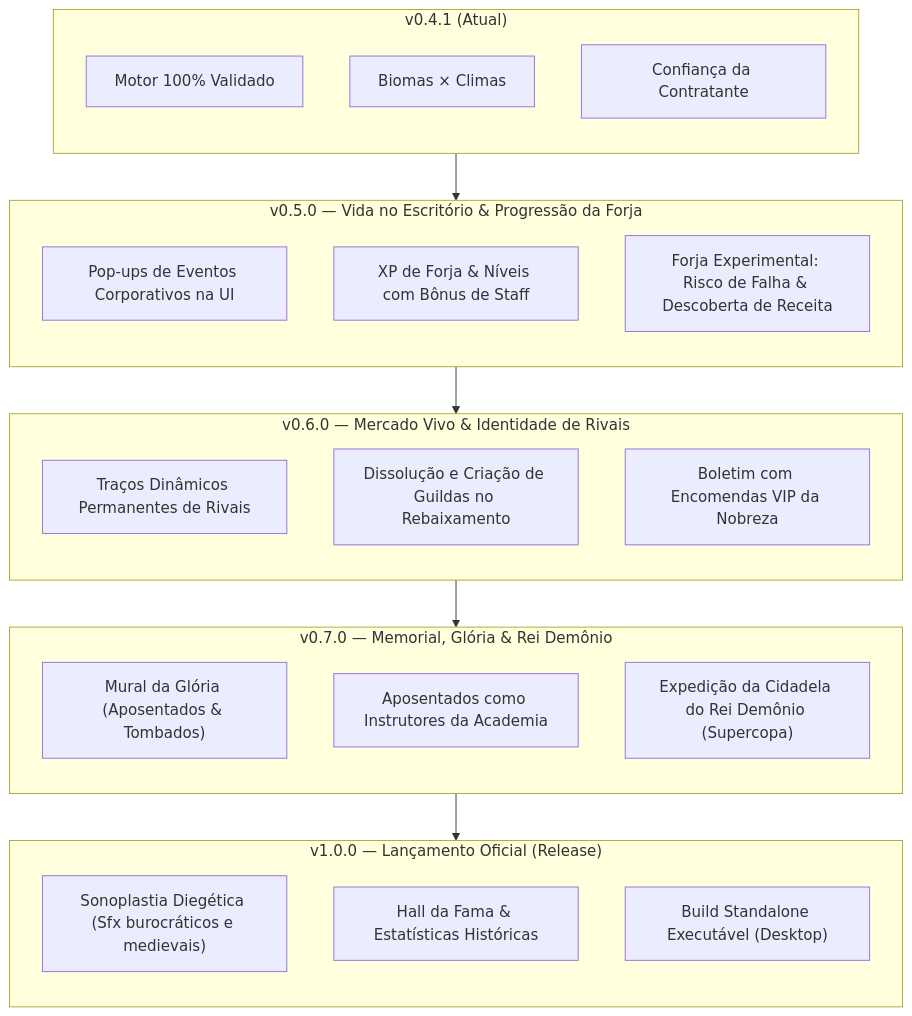
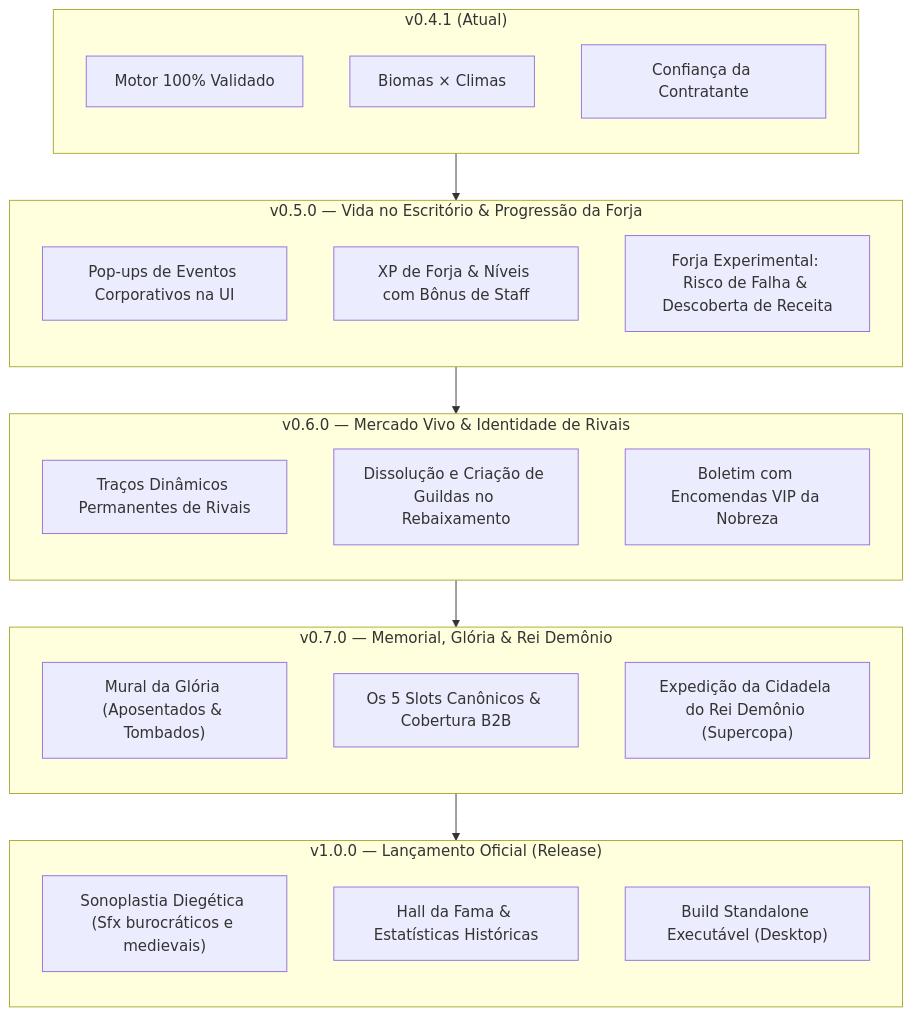
Before and after one commit to rhfsimoes/herofoot: the diagram in docs/ROADMAP_TODO.md, drawn with Mermaid. The commit also changed other lines of this file and 12 other files, not shown here.

````diff
--- a/docs/ROADMAP_TODO.md
+++ b/docs/ROADMAP_TODO.md
@@ -77,42 +77,42 @@
 ```mermaid
 flowchart TD
     subgraph v041["v0.4.1 (Atual)"]
         direction TB
         c1["Motor 100% Validado"]
         c2["Biomas × Climas"]
         c3["Confiança da Contratante"]
     end
 
     subgraph v050["v0.5.0 — Vida no Escritório & Progressão da Forja"]
         direction TB
         e1["Pop-ups de Eventos Corporativos na UI"]
         e2["XP de Forja & Níveis com Bônus de Staff"]
         e3["Forja Experimental: Risco de Falha & Descoberta de Receita"]
     end
 
     subgraph v060["v0.6.0 — Mercado Vivo & Identidade de Rivais"]
         direction TB
         r1["Traços Dinâmicos Permanentes de Rivais"]
         r2["Dissolução e Criação de Guildas no Rebaixamento"]
         r3["Boletim com Encomendas VIP da Nobreza"]
     end
 
     subgraph v070["v0.7.0 — Memorial, Glória & Rei Demônio"]
         direction TB
         m1["Mural da Glória (Aposentados & Tombados)"]
-        m2["Aposentados como Instrutores da Academia"]
+        m2["Os 5 Slots Canônicos & Cobertura B2B"]
         m3["Expedição da Cidadela do Rei Demônio (Supercopa)"]
     end
 
     subgraph v100["v1.0.0 — Lançamento Oficial (Release)"]
         direction TB
         p1["Sonoplastia Diegética (Sfx burocráticos e medievais)"]
         p2["Hall da Fama & Estatísticas Históricas"]
         p3["Build Standalone Executável (Desktop)"]
     end
 
     v041 --> v050
     v050 --> v060
     v060 --> v070
     v070 --> v100
 ```
````
